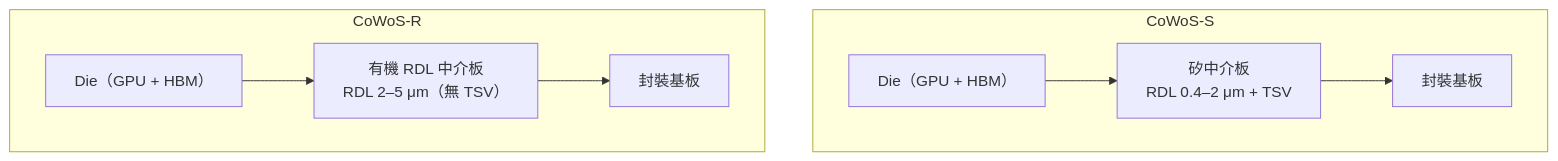
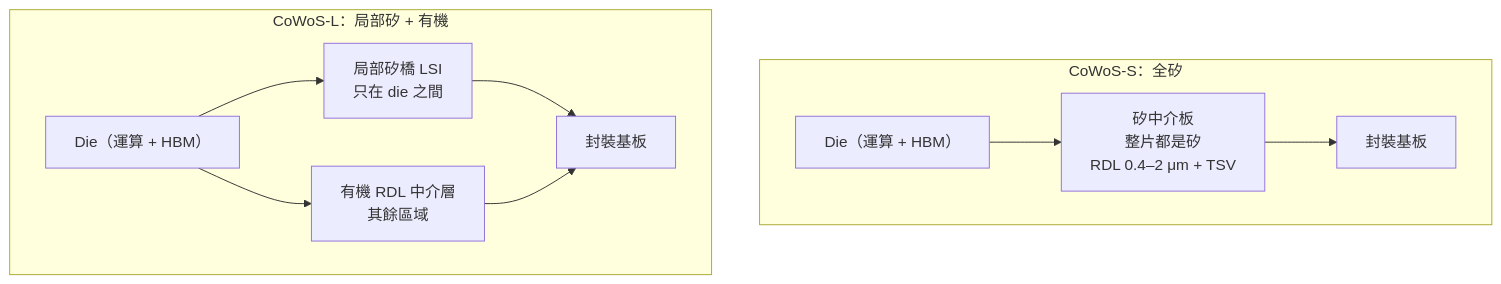
One commit to wizardhsiehcom/book changed the first of 2 diagrams in docs/cowos/06-cowos-r-l.md. Above: the diagram before and after it, drawn with Mermaid. The commit also changed other lines of this file and 33 other files, not shown here.

````diff
--- a/docs/cowos/06-cowos-r-l.md
+++ b/docs/cowos/06-cowos-r-l.md
@@ -14,15 +22,19 @@
 ```mermaid
 flowchart TB
-    subgraph "CoWoS-S"
-        S_D["Die（GPU + HBM）"]
-        S_I["矽中介板<br/>RDL 0.4–2 μm + TSV"]
+    subgraph "CoWoS-S：全矽"
+        S_D["Die（運算 + HBM）"]
+        S_I["矽中介板<br/>整片都是矽<br/>RDL 0.4–2 μm + TSV"]
         S_B["封裝基板"]
         S_D --> S_I --> S_B
     end
-    subgraph "CoWoS-R"
-        R_D["Die（GPU + HBM）"]
-        R_I["有機 RDL 中介板<br/>RDL 2–5 μm（無 TSV）"]
-        R_B["封裝基板"]
-        R_D --> R_I --> R_B
+    subgraph "CoWoS-L：局部矽 + 有機"
+        L_D["Die（運算 + HBM）"]
+        L_BR["局部矽橋 LSI<br/>只在 die 之間"]
+        L_I["有機 RDL 中介層<br/>其餘區域"]
+        L_B["封裝基板"]
+        L_D --> L_BR
+        L_D --> L_I
+        L_BR --> L_B
+        L_I --> L_B
     end
 ```
````
